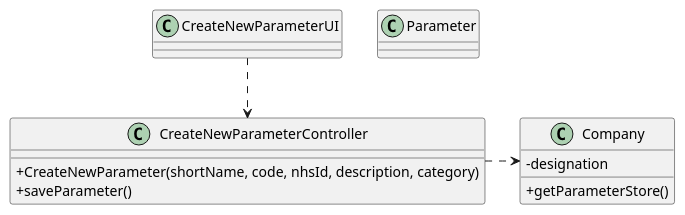
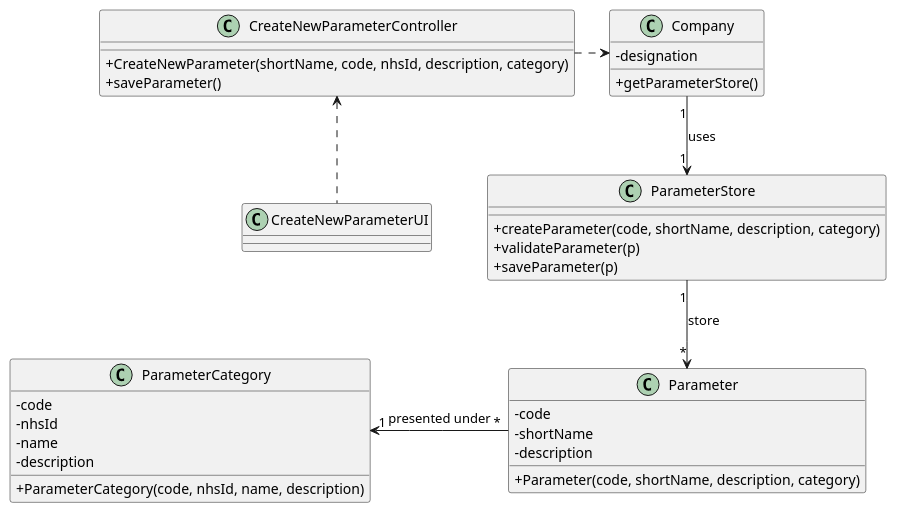
One commit to GuilhermeCunha79/lapr2 changed the diagram in docs/SprintB/US10/UC10_CD.puml. Above: the diagram before and after it, drawn with PlantUML.

Commit message:
[US-10] - commit "completes" class diagram of the UC-10.

```diff
--- a/docs/SprintB/US10/UC10_CD.puml
+++ b/docs/SprintB/US10/UC10_CD.puml
@@ -1,23 +1,44 @@
 @startuml
 skinparam classAttributeIconSize 0
 
 class CreateNewParameterUI{
 }
 
 class CreateNewParameterController{
     +CreateNewParameter(shortName, code, nhsId, description, category)
     +saveParameter()
 }
 
 class Company{
 	-designation
 	+getParameterStore()
 }
 
 class Parameter{
+    -code
+    -shortName
+    -description
+    +Parameter(code, shortName, description, category)
 
 }
 
-CreateNewParameterController <.up. CreateNewParameterUI
+class ParameterStore{
+    +createParameter(code, shortName, description, category)
+    +validateParameter(p)
+    +saveParameter(p)
+}
+
+class ParameterCategory{
+    -code
+    -nhsId
+    -name
+    -description
+    +ParameterCategory(code, nhsId, name, description)
+}
+
+CreateNewParameterController <.down. CreateNewParameterUI
 CreateNewParameterController .right.> Company
+Company"1" --> "1"ParameterStore : uses
+ParameterStore"1" --> "*"Parameter : store
+Parameter"*" -left-> "1"ParameterCategory : presented under
 @enduml
```
